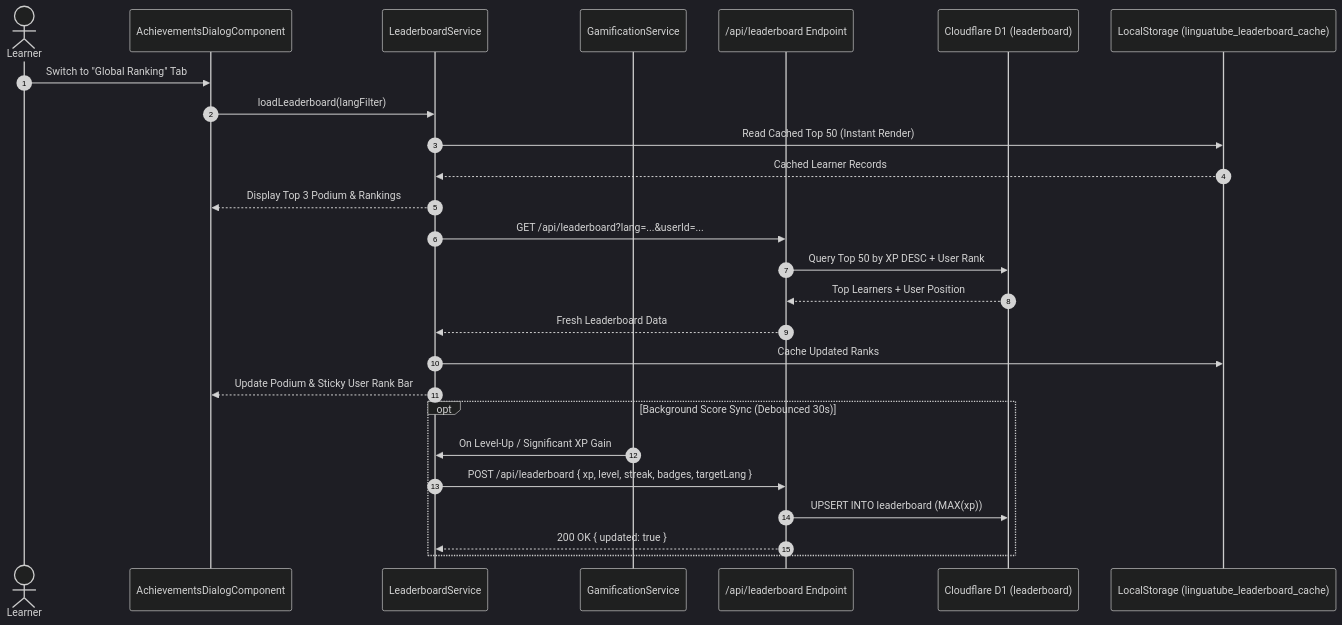
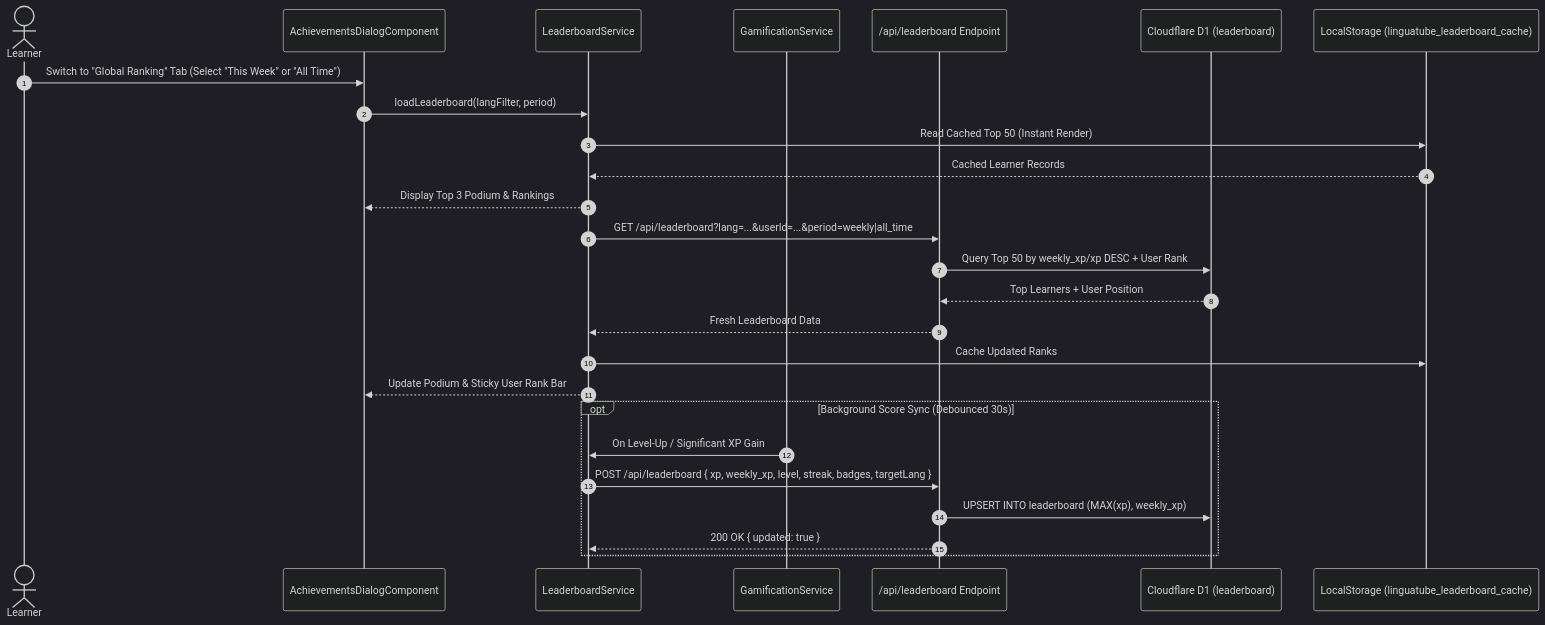
One commit to ghuyphan/LinguaTube changed the ninth of 9 diagrams in doc/map.md. Above: the diagram before and after it, drawn with Mermaid (dark theme). The commit also changed other lines of this file and 100 other files, not shown here.

Commit message:
feat: v1.1.11 - daily quests, weekly leaderboard, 16:9 video layout alignment & design polish

````diff
--- a/doc/map.md
+++ b/doc/map.md
@@ -420,29 +420,29 @@
 ```mermaid
 sequenceDiagram
     autonumber
     actor Learner
     participant Dialog as AchievementsDialogComponent
     participant Leaderboard as LeaderboardService
     participant Gamification as GamificationService
     participant Edge as /api/leaderboard Endpoint
     participant D1 as Cloudflare D1 (leaderboard)
     participant Storage as LocalStorage (linguatube_leaderboard_cache)
 
-    Learner->>Dialog: Switch to "Global Ranking" Tab
-    Dialog->>Leaderboard: loadLeaderboard(langFilter)
+    Learner->>Dialog: Switch to "Global Ranking" Tab (Select "This Week" or "All Time")
+    Dialog->>Leaderboard: loadLeaderboard(langFilter, period)
     Leaderboard->>Storage: Read Cached Top 50 (Instant Render)
     Storage-->>Leaderboard: Cached Learner Records
     Leaderboard-->>Dialog: Display Top 3 Podium & Rankings
-    Leaderboard->>Edge: GET /api/leaderboard?lang=...&userId=...
-    Edge->>D1: Query Top 50 by XP DESC + User Rank
+    Leaderboard->>Edge: GET /api/leaderboard?lang=...&userId=...&period=weekly|all_time
+    Edge->>D1: Query Top 50 by weekly_xp/xp DESC + User Rank
     D1-->>Edge: Top Learners + User Position
     Edge-->>Leaderboard: Fresh Leaderboard Data
     Leaderboard->>Storage: Cache Updated Ranks
     Leaderboard-->>Dialog: Update Podium & Sticky User Rank Bar
     opt Background Score Sync (Debounced 30s)
         Gamification->>Leaderboard: On Level-Up / Significant XP Gain
-        Leaderboard->>Edge: POST /api/leaderboard { xp, level, streak, badges, targetLang }
-        Edge->>D1: UPSERT INTO leaderboard (MAX(xp))
+        Leaderboard->>Edge: POST /api/leaderboard { xp, weekly_xp, level, streak, badges, targetLang }
+        Edge->>D1: UPSERT INTO leaderboard (MAX(xp), weekly_xp)
         Edge-->>Leaderboard: 200 OK { updated: true }
     end
 ```
````
